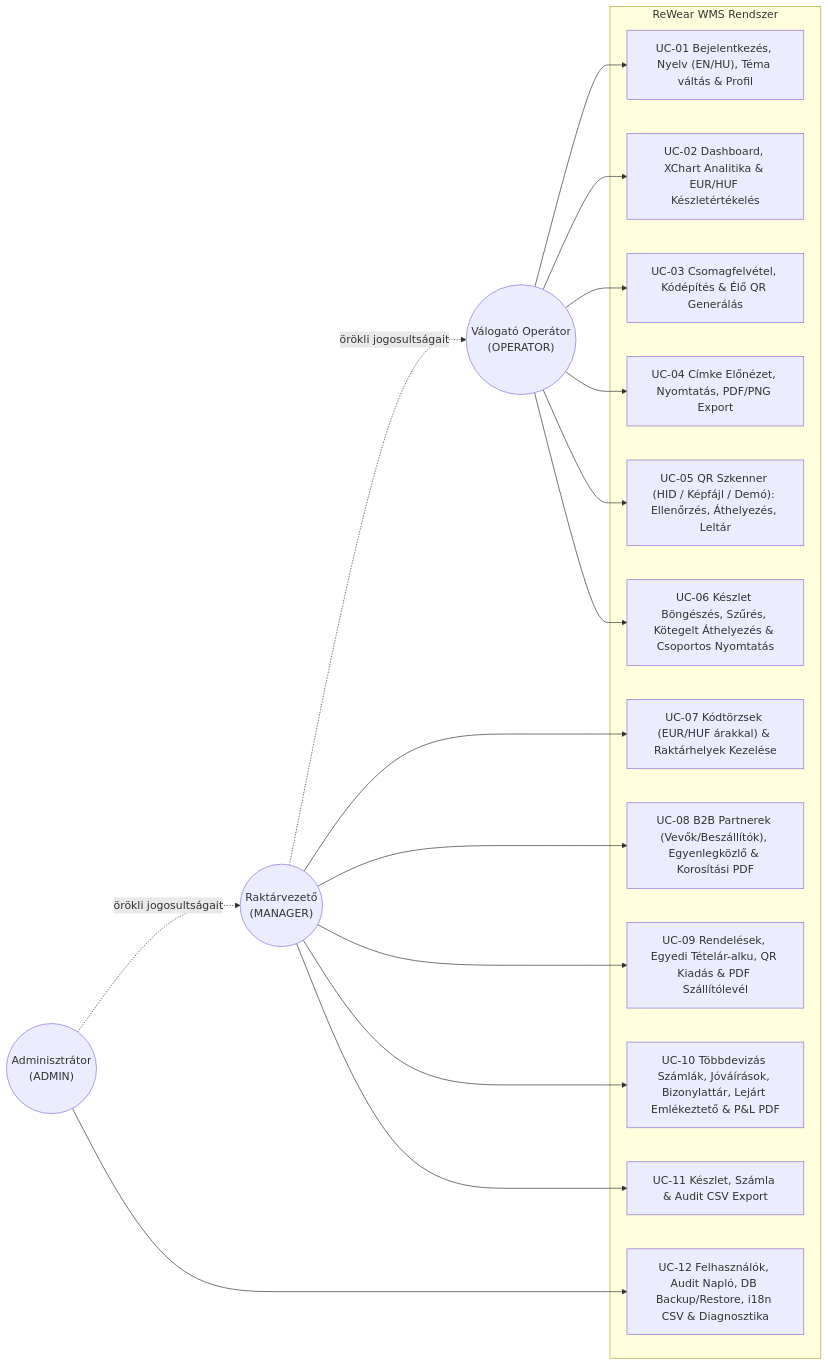
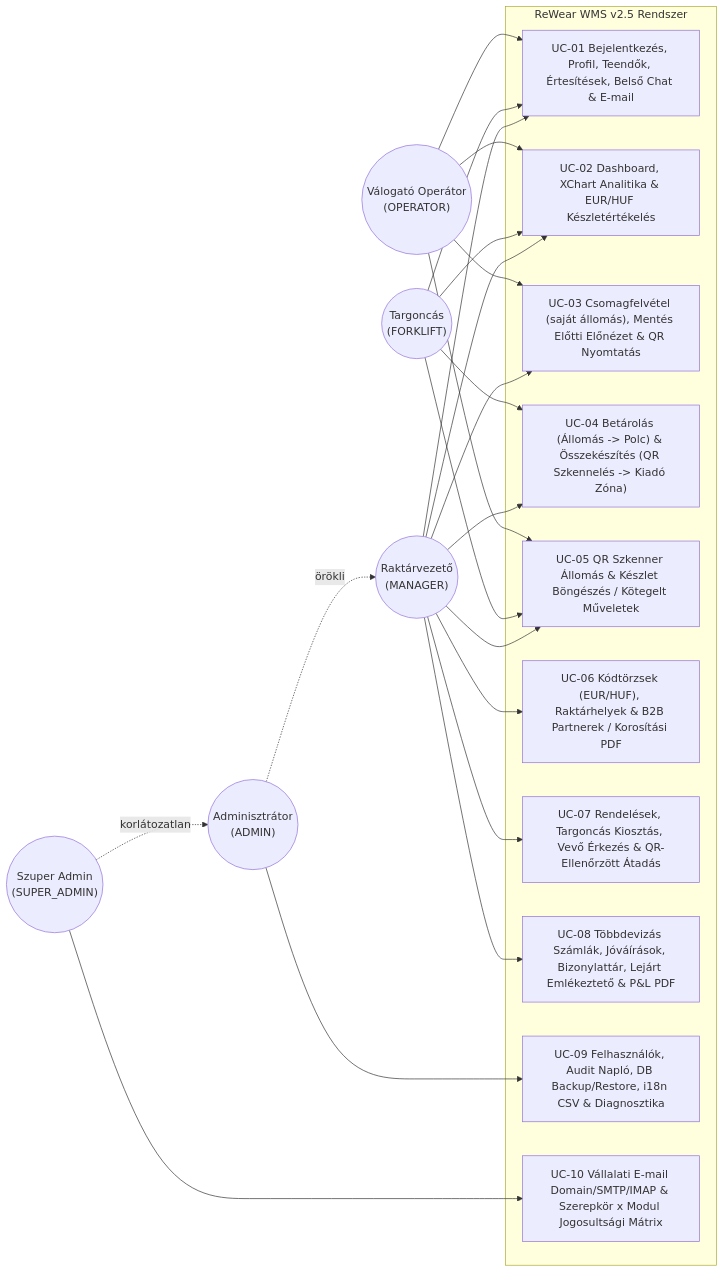
Before and after one commit to attilaczudor/due-prog-03: the second of 5 diagrams in docs/Programterv.md, drawn with Mermaid. The commit also changed other lines of this file and 4 other files, not shown here.

````diff
--- a/docs/Programterv.md
+++ b/docs/Programterv.md
@@ -40,38 +40,46 @@
 ```mermaid
 flowchart LR
     OP(("Válogató Operátor<br/>(OPERATOR)"))
+    FL(("Targoncás<br/>(FORKLIFT)"))
     MGR(("Raktárvezető<br/>(MANAGER)"))
     ADM(("Adminisztrátor<br/>(ADMIN)"))
+    SADM(("Szuper Admin<br/>(SUPER_ADMIN)"))
 
-    subgraph WMS["ReWear WMS Rendszer"]
-        UC1["UC-01 Bejelentkezés, Nyelv (EN/HU), Téma váltás & Profil"]
+    subgraph WMS["ReWear WMS v2.5 Rendszer"]
+        UC1["UC-01 Bejelentkezés, Profil, Teendők, Értesítések, Belső Chat & E-mail"]
         UC2["UC-02 Dashboard, XChart Analitika & EUR/HUF Készletértékelés"]
-        UC3["UC-03 Csomagfelvétel, Kódépítés & Élő QR Generálás"]
-        UC4["UC-04 Címke Előnézet, Nyomtatás, PDF/PNG Export"]
-        UC5["UC-05 QR Szkenner (HID / Képfájl / Demó): Ellenőrzés, Áthelyezés, Leltár"]
-        UC6["UC-06 Készlet Böngészés, Szűrés, Kötegelt Áthelyezés & Csoportos Nyomtatás"]
-        UC7["UC-07 Kódtörzsek (EUR/HUF árakkal) & Raktárhelyek Kezelése"]
-        UC8["UC-08 B2B Partnerek (Vevők/Beszállítók), Egyenlegközlő & Korosítási PDF"]
-        UC9["UC-09 Rendelések, Egyedi Tételár-alku, QR Kiadás & PDF Szállítólevél"]
-        UC10["UC-10 Többdevizás Számlák, Jóváírások, Bizonylattár, Lejárt Emlékeztető & P&L PDF"]
-        UC11["UC-11 Készlet, Számla & Audit CSV Export"]
-        UC12["UC-12 Felhasználók, Audit Napló, DB Backup/Restore, i18n CSV & Diagnosztika"]
+        UC3["UC-03 Csomagfelvétel (saját állomás), Mentés Előtti Előnézet & QR Nyomtatás"]
+        UC4["UC-04 Betárolás (Állomás -> Polc) & Összekészítés (QR Szkennelés -> Kiadó Zóna)"]
+        UC5["UC-05 QR Szkenner Állomás & Készlet Böngészés / Kötegelt Műveletek"]
+        UC6["UC-06 Kódtörzsek (EUR/HUF), Raktárhelyek & B2B Partnerek / Korosítási PDF"]
+        UC7["UC-07 Rendelések, Targoncás Kiosztás, Vevő Érkezés & QR-Ellenőrzött Átadás"]
+        UC8["UC-08 Többdevizás Számlák, Jóváírások, Bizonylattár, Lejárt Emlékeztető & P&L PDF"]
+        UC9["UC-09 Felhasználók, Audit Napló, DB Backup/Restore, i18n CSV & Diagnosztika"]
+        UC10["UC-10 Vállalati E-mail Domain/SMTP/IMAP & Szerepkör x Modul Jogosultsági Mátrix"]
     end
 
     OP --> UC1
     OP --> UC2
     OP --> UC3
-    OP --> UC4
     OP --> UC5
-    OP --> UC6
 
-    MGR -.->|"örökli jogosultságait"| OP
+    FL --> UC1
+    FL --> UC2
+    FL --> UC4
+    FL --> UC5
+
+    MGR --> UC1
+    MGR --> UC2
+    MGR --> UC3
+    MGR --> UC4
+    MGR --> UC5
+    MGR --> UC6
     MGR --> UC7
     MGR --> UC8
-    MGR --> UC9
-    MGR --> UC10
-    MGR --> UC11
 
-    ADM -.->|"örökli jogosultságait"| MGR
-    ADM --> UC12
+    ADM -.->|"örökli"| MGR
+    ADM --> UC9
+
+    SADM -.->|"korlátozatlan"| ADM
+    SADM --> UC10
 ```
````
